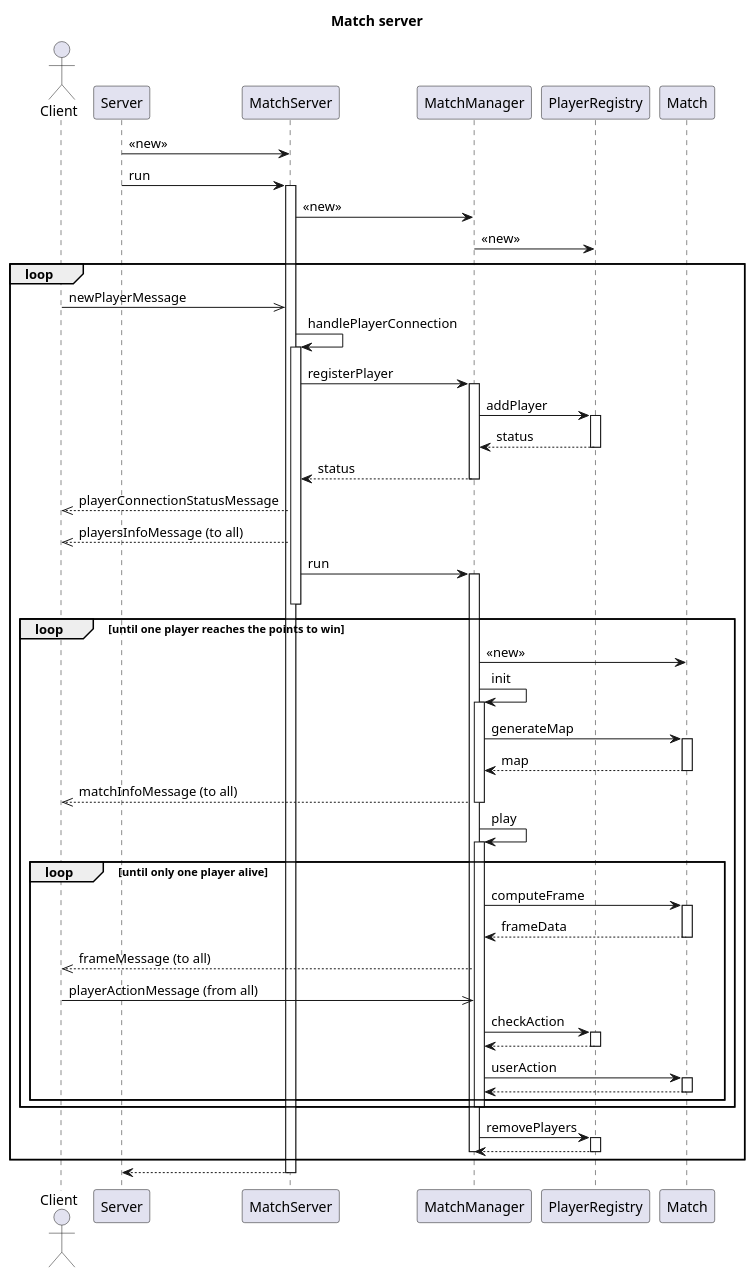
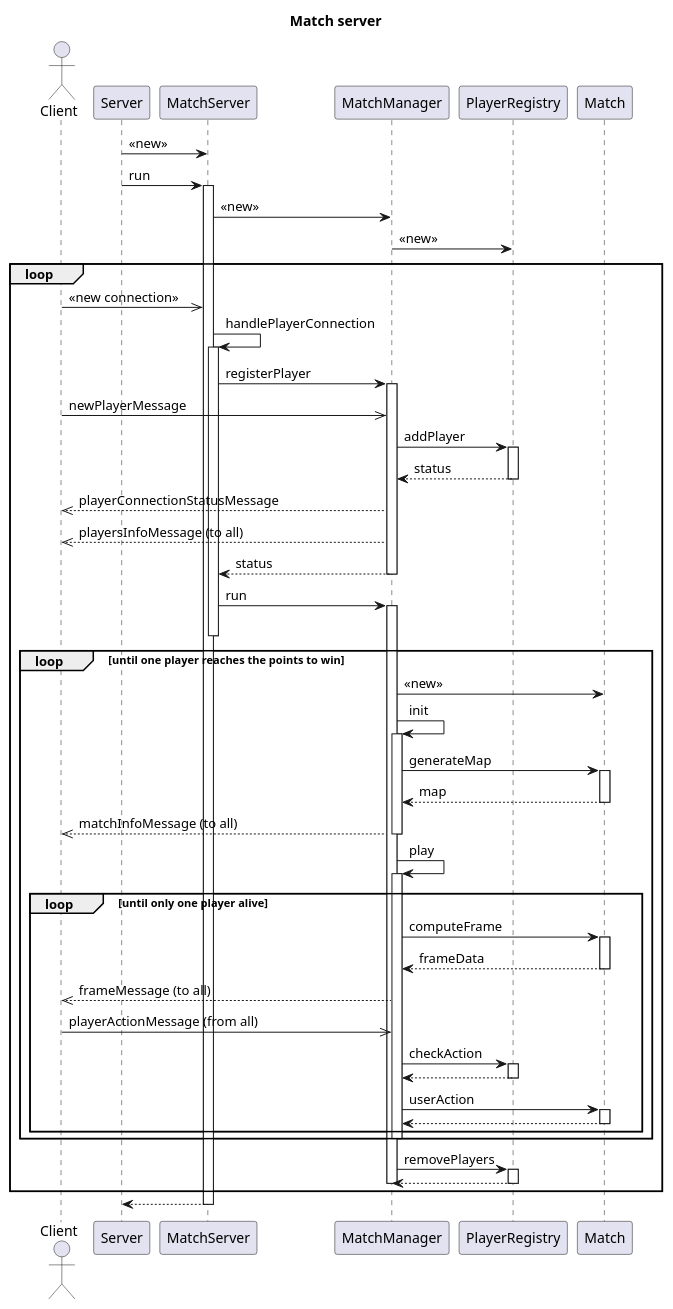
Before and after one commit to lemunozm/asciiarena-js: the diagram in docs/design/server/match_server_sequence.puml, drawn with PlantUML. The commit also changed 7 other files, not shown here.

```diff
--- a/docs/design/server/match_server_sequence.puml
+++ b/docs/design/server/match_server_sequence.puml
@@ -1,73 +1,74 @@
 @startuml
 
 title Match server
 
 actor Client
 participant Server
 participant MatchServer
 participant MatchManager
 participant PlayerRegistry
 participant Match
 
 Server -> MatchServer : <<new>>
 Server -> MatchServer : run
 activate MatchServer
 MatchServer -> MatchManager : <<new>>
 MatchManager -> PlayerRegistry : <<new>>
 loop
-    Client ->> MatchServer : newPlayerMessage
+    Client ->> MatchServer : <<new connection>>
     MatchServer -> MatchServer : handlePlayerConnection
     activate MatchServer
     MatchServer -> MatchManager : registerPlayer
     activate MatchManager
+    Client ->> MatchManager : newPlayerMessage
     MatchManager -> PlayerRegistry : addPlayer
     activate PlayerRegistry
     MatchManager <-- PlayerRegistry : status
     deactivate PlayerRegistry
+    Client <<-- MatchManager : playerConnectionStatusMessage
+    Client <<-- MatchManager : playersInfoMessage (to all)
     MatchServer <-- MatchManager : status
     deactivate MatchManager
-    Client <<-- MatchServer : playerConnectionStatusMessage
-    Client <<-- MatchServer : playersInfoMessage (to all)
     MatchServer -> MatchManager : run
     activate MatchManager
     deactivate MatchServer
     loop until one player reaches the points to win
         MatchManager -> Match : <<new>>
         MatchManager -> MatchManager : init
         activate MatchManager
         MatchManager -> Match : generateMap
         activate Match
         MatchManager <-- Match : map
         deactivate Match
         Client <<-- MatchManager : matchInfoMessage (to all)
         deactivate MatchManager
         MatchManager -> MatchManager : play
         activate MatchManager
         loop until only one player alive
             MatchManager -> Match : computeFrame
             activate Match
             MatchManager <-- Match : frameData
             deactivate Match
             Client <<-- MatchManager : frameMessage (to all)
             Client ->> MatchManager : playerActionMessage (from all)
             MatchManager -> PlayerRegistry : checkAction
             activate PlayerRegistry
             MatchManager <-- PlayerRegistry
             deactivate PlayerRegistry
             MatchManager -> Match : userAction
             activate Match
             MatchManager <-- Match
             deactivate Match
         end
         deactivate MatchManager
     end
         MatchManager -> PlayerRegistry : removePlayers
         activate PlayerRegistry
         MatchManager <-- PlayerRegistry
         deactivate PlayerRegistry
     deactivate MatchManager
 end
 Server <-- MatchServer
 deactivate MatchServer
 
 @enduml
```
